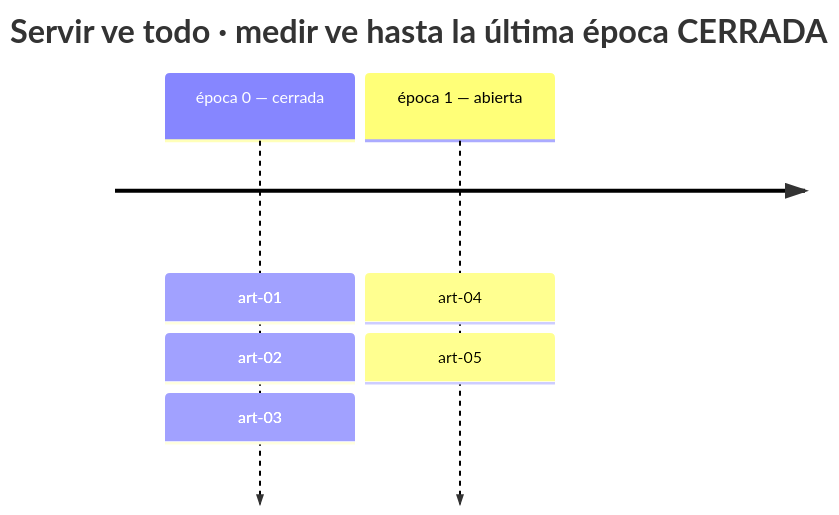
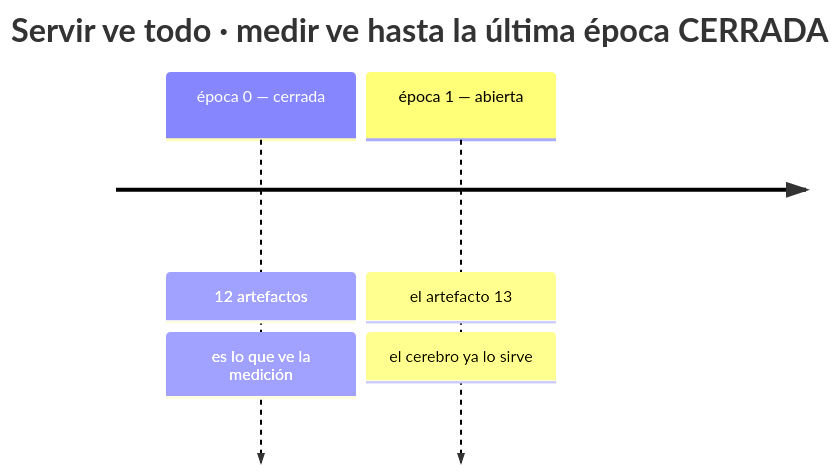
The third of 7 diagrams in README.md (Jorge-Medina-Diaz/research-RAG), drawn with Mermaid before and after one commit. The commit also changed other lines of this file and 17 other files, not shown here.

````diff
--- a/README.md
+++ b/README.md
@@ -126,6 +127,6 @@
 ```mermaid
 timeline
     title Servir ve todo · medir ve hasta la última época CERRADA
-    época 0 — cerrada : art-01 : art-02 : art-03
-    época 1 — abierta : art-04 : art-05
+    época 0 — cerrada : 12 artefactos : es lo que ve la medición
+    época 1 — abierta : el artefacto 13 : el cerebro ya lo sirve
 ```
````
